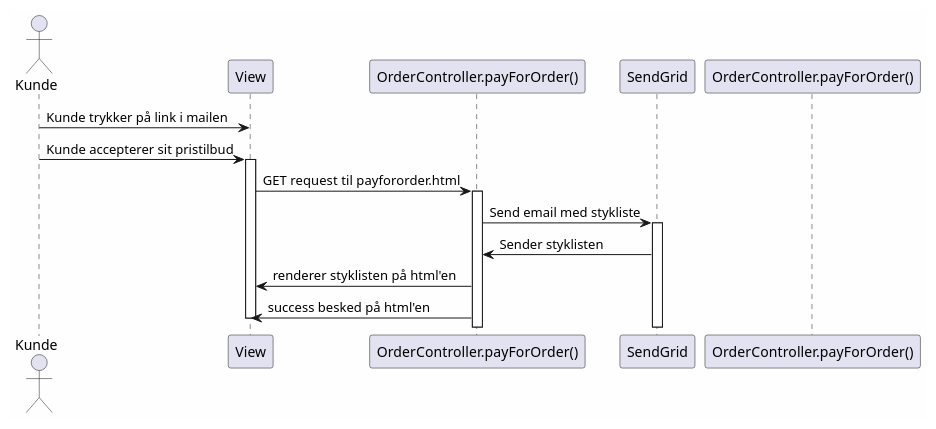
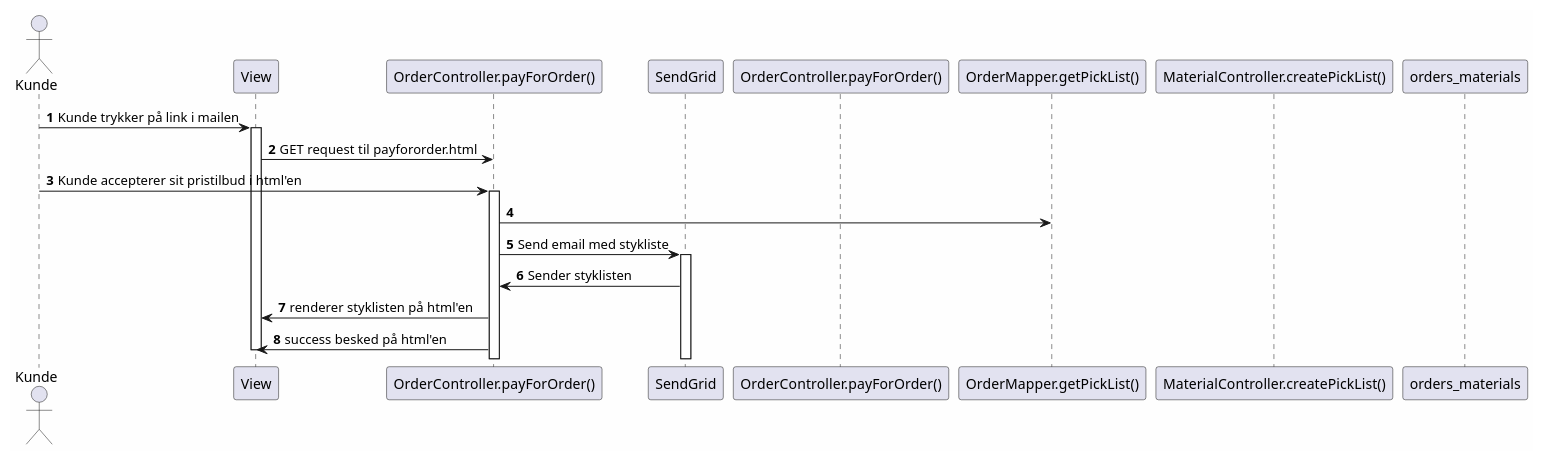
One commit to mridrisisci/fog-projekt changed the diagram in docs/Sequence diagrams/sequence-us7-v2.puml. Above: the diagram before and after it, drawn with PlantUML.

```diff
--- a/docs/Sequence diagrams/sequence-us7-v2.puml
+++ b/docs/Sequence diagrams/sequence-us7-v2.puml
@@ -1,25 +1,30 @@
 @startuml
 'https://plantuml.com/sequence-diagram
 
 skinparam backgroundColor #FEFEFE
+autonumber
 
 actor Kunde
 participant View as V
 participant "OrderController.payForOrder()" as C
 participant SendGrid as SG
 participant "OrderController.payForOrder()" as C2
+participant "OrderMapper.getPickList()" as M
+participant "MaterialController.createPickList()"
+participant "orders_materials" as DB
 
 
 Kunde -> V: Kunde trykker på link i mailen
-Kunde -> V: Kunde accepterer sit pristilbud
 activate V
 V -> C: GET request til payfororder.html
+Kunde -> C: Kunde accepterer sit pristilbud i html'en
 activate C
+C -> M:
 C -> SG: Send email med stykliste
 activate SG
 SG -> C: Sender styklisten
 C -> V: renderer styklisten på html'en
 C -> V: success besked på html'en
 deactivate V
 
 @enduml
```
